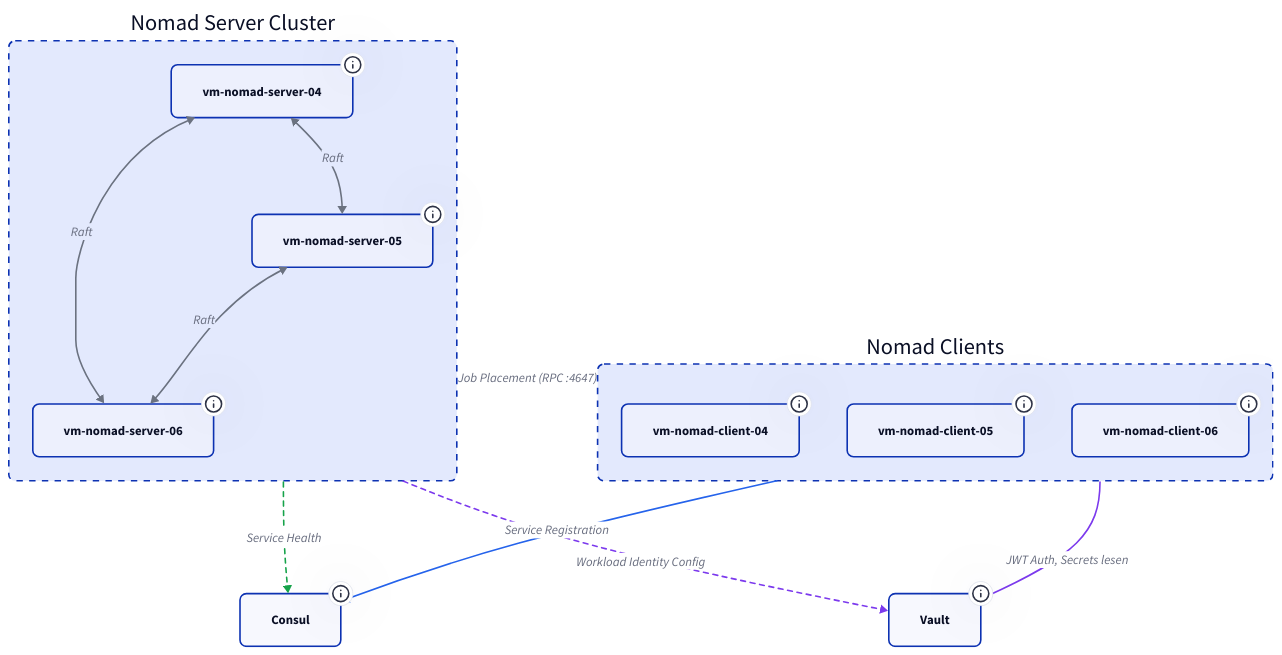
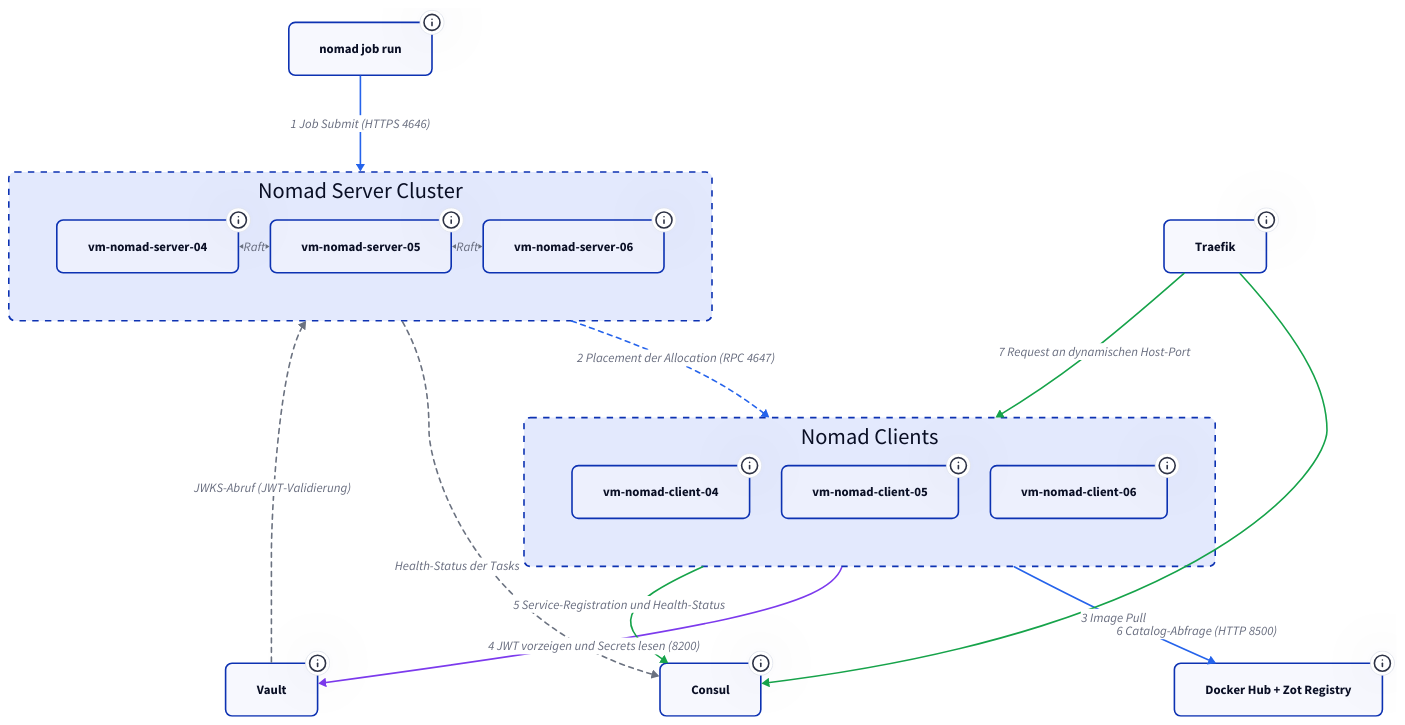
One commit to derever-labs/homelab-wiki changed the diagram in docs/plattform/nomad/index.md. Above: the diagram before and after it, drawn with D2. The commit also changed other lines of this file, not shown here.

First paragraph of the commit message:
docs(nomad): Architektur-Diagramm als nummerierter Deploy-Ablauf (#129)
F7-Diagramm-Vertiefung (Rang 4) fuer docs/plattform/nomad/index.md auf
Katalog-Niveau R1-R8.

````diff
--- a/docs/plattform/nomad/index.md
+++ b/docs/plattform/nomad/index.md
@@ -25,9 +29,20 @@
 classes: {
   node: { style: { border-radius: 8 } }
   container: { style: { border-radius: 8; stroke-dash: 4 } }
+  steuer: { style: { stroke: "#2563eb" } }
+  steuerasync: { style: { stroke: "#2563eb"; stroke-dash: 3 } }
+  secrets: { style: { stroke: "#7c3aed" } }
+  disco: { style: { stroke: "#16a34a" } }
+  intern: { style: { stroke: "#6b7280"; stroke-dash: 3 } }
+}
+
+cli: nomad job run {
+  class: node
+  tooltip: "CLI gegen einen beliebigen Server -- Job-Definitionen liegen im Repo nomad-jobs"
 }
 
 servers: Nomad Server Cluster {
+  grid-columns: 3
   class: container
 
   S04: vm-nomad-server-04 {
@@ -43,18 +58,12 @@
     tooltip: "10.0.2.106 | Port 4646 (API) / 4647 (RPC) / 4648 (Serf)"
   }
 
-  S04 <-> S05: Raft {
-    style.stroke: "#6b7280"
-  }
-  S05 <-> S06: Raft {
-    style.stroke: "#6b7280"
-  }
-  S06 <-> S04: Raft {
-    style.stroke: "#6b7280"
-  }
+  S04 <-> S05: Raft { class: intern }
+  S05 <-> S06: Raft { class: intern }
 }
 
 workers: Nomad Clients {
+  grid-columns: 3
   class: container
 
   C04: vm-nomad-client-04 {
@@ -71,36 +80,33 @@
   }
 }
 
+registry: Docker Hub + Zot Registry {
+  class: node
+  tooltip: "Image-Quellen: Docker Hub extern, Zot intern"
+}
+
+Traefik: Traefik {
+  class: node
+  tooltip: "VIP 10.0.2.20 | Consul Catalog Provider"
+}
+
 Consul: Consul {
   class: node
-  tooltip: "Port 8500 | Service Discovery, DNS, KV Store"
+  tooltip: "Port 8500 (API) / 8600 (DNS) | Service-Katalog, Health Checks"
 }
 
 Vault: Vault {
   class: node
-  tooltip: "Port 8200 | Secrets Management, KV v2"
+  tooltip: "Port 8200 | Secrets via Workload Identity, KV v2"
 }
 
-servers -> workers: Job Placement (RPC :4647) {
-  style.stroke: "#2563eb"
-  tooltip: "Server weist Container den passenden Worker-Nodes zu"
-}
-workers -> Consul: Service Registration {
-  style.stroke: "#2563eb"
-  tooltip: "Consul Agent registriert gestartete Container als Services"
-}
-workers -> Vault: JWT Auth, Secrets lesen {
-  style.stroke: "#7c3aed"
-  tooltip: "Workload Identity JWT gegen Vault-Token tauschen, dann Secrets lesen"
-}
-servers -> Consul: Service Health {
-  style.stroke: "#16a34a"
-  style.stroke-dash: 3
-  tooltip: "Nomad nutzt Consul Health Checks für Task-Status"
-}
-servers -> Vault: Workload Identity Config {
-  style.stroke: "#7c3aed"
-  style.stroke-dash: 3
-  tooltip: "Server stellt JWT für Tasks aus, Vault validiert via JWKS"
-}
+cli -> servers: "1 Job Submit (HTTPS 4646)" { class: steuer }
+servers -> workers: "2 Placement der Allocation (RPC 4647)" { class: steuerasync }
+workers -> registry: "3 Image Pull" { class: steuer }
+workers -> Vault: "4 JWT vorzeigen und Secrets lesen (8200)" { class: secrets }
+workers -> Consul: "5 Service-Registration und Health-Status" { class: disco }
+Traefik -> Consul: "6 Catalog-Abfrage (HTTP 8500)" { class: disco }
+Traefik -> workers: "7 Request an dynamischen Host-Port" { class: disco }
+servers -> Consul: "Health-Status der Tasks" { class: intern }
+Vault -> servers: "JWKS-Abruf (JWT-Validierung)" { class: intern }
 ```
````
